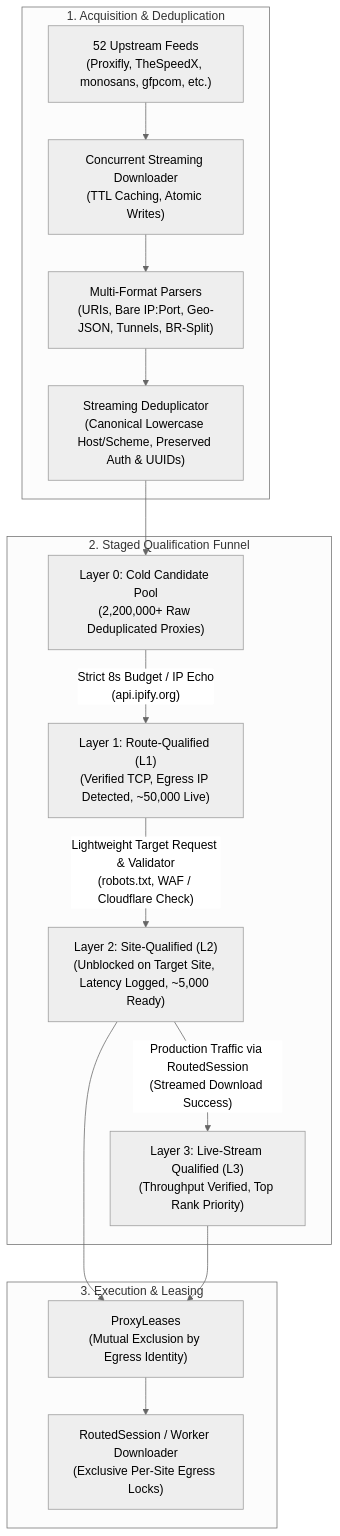
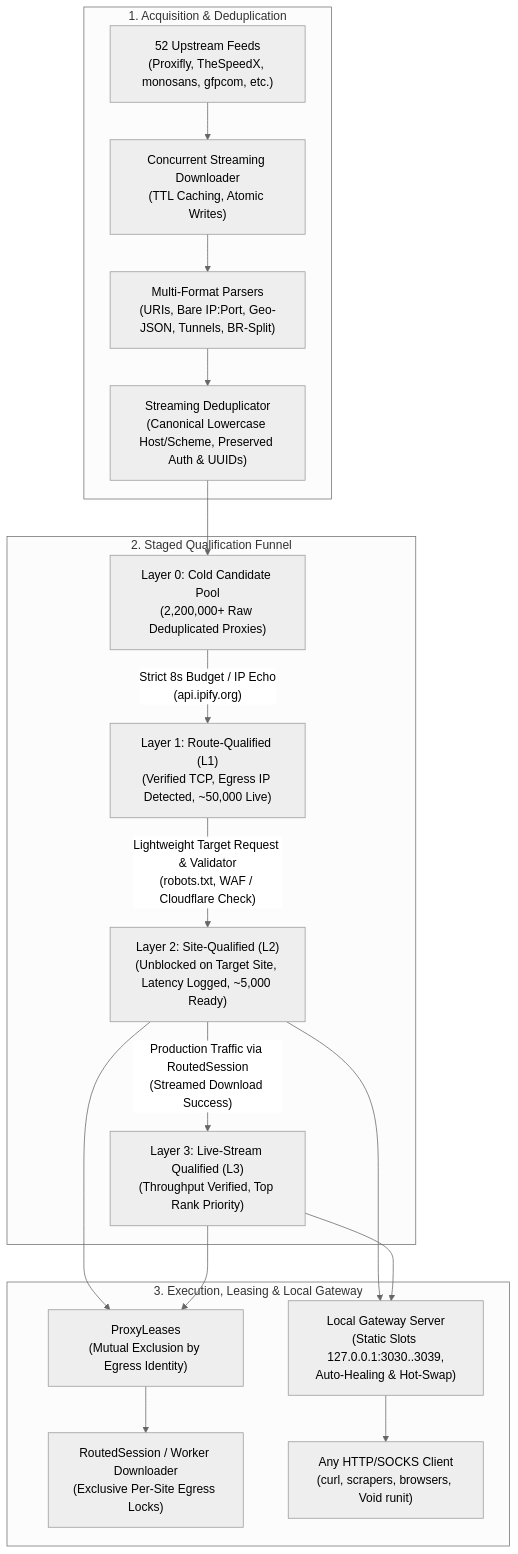
The diagram in README.md (maxugly/p-rox), drawn with Mermaid (neutral theme) before and after one commit. The commit also changed other lines of this file and 4 other files, not shown here.

````diff
--- a/README.md
+++ b/README.md
@@ -16,20 +17,22 @@
 ```mermaid
 flowchart TD
     subgraph S1["1. Acquisition & Deduplication"]
         A["52 Upstream Feeds\n(Proxifly, TheSpeedX, monosans, gfpcom, etc.)"] --> B["Concurrent Streaming Downloader\n(TTL Caching, Atomic Writes)"]
         B --> C["Multi-Format Parsers\n(URIs, Bare IP:Port, Geo-JSON, Tunnels, BR-Split)"]
         C --> D["Streaming Deduplicator\n(Canonical Lowercase Host/Scheme, Preserved Auth & UUIDs)"]
     end
 
     subgraph S2["2. Staged Qualification Funnel"]
         D --> L0["Layer 0: Cold Candidate Pool\n(2,200,000+ Raw Deduplicated Proxies)"]
         L0 -->|"Strict 8s Budget / IP Echo\n(api.ipify.org)"| L1["Layer 1: Route-Qualified (L1)\n(Verified TCP, Egress IP Detected, ~50,000 Live)"]
         L1 -->|"Lightweight Target Request & Validator\n(robots.txt, WAF / Cloudflare Check)"| L2["Layer 2: Site-Qualified (L2)\n(Unblocked on Target Site, Latency Logged, ~5,000 Ready)"]
         L2 -->|"Production Traffic via RoutedSession\n(Streamed Download Success)"| L3["Layer 3: Live-Stream Qualified (L3)\n(Throughput Verified, Top Rank Priority)"]
     end
 
-    subgraph S3["3. Execution & Leasing"]
+    subgraph S3["3. Execution, Leasing & Local Gateway"]
         L2 & L3 --> E["ProxyLeases\n(Mutual Exclusion by Egress Identity)"]
         E --> F["RoutedSession / Worker Downloader\n(Exclusive Per-Site Egress Locks)"]
+        L2 & L3 --> G["Local Gateway Server\n(Static Slots 127.0.0.1:3030..3039,\nAuto-Healing & Hot-Swap)"]
+        G --> H["Any HTTP/SOCKS Client\n(curl, scrapers, browsers, Void runit)"]
     end
 ```
````
